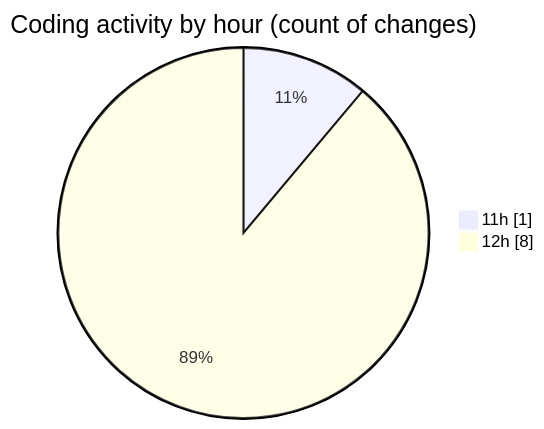
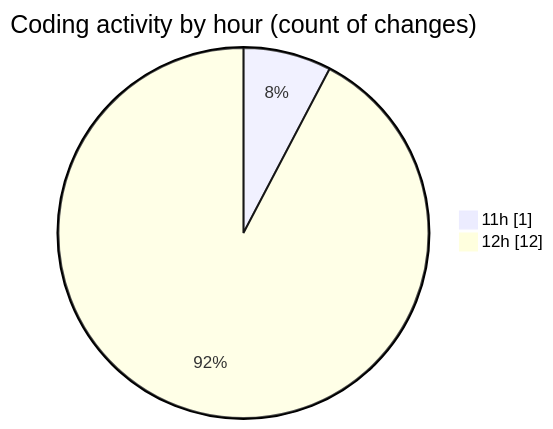
Before and after one commit to nxtqubesakshisongat/code-tracking: the second of 2 diagrams in 2026-07-13/nxtqube_webapp/README.md, drawn with Mermaid. The commit also changed other lines of this file and 1 other file, not shown here.

````diff
--- a/2026-07-13/nxtqube_webapp/README.md
+++ b/2026-07-13/nxtqube_webapp/README.md
@@ -33,6 +35,6 @@
 ```mermaid
 pie showData
 title Coding activity by hour (count of changes)
 "11h" : 1
-"12h" : 8
+"12h" : 12
 ```
````
